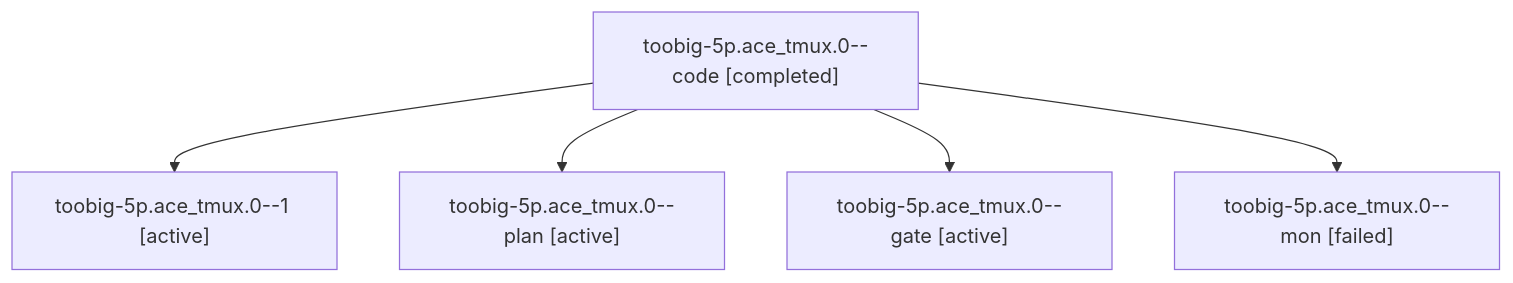
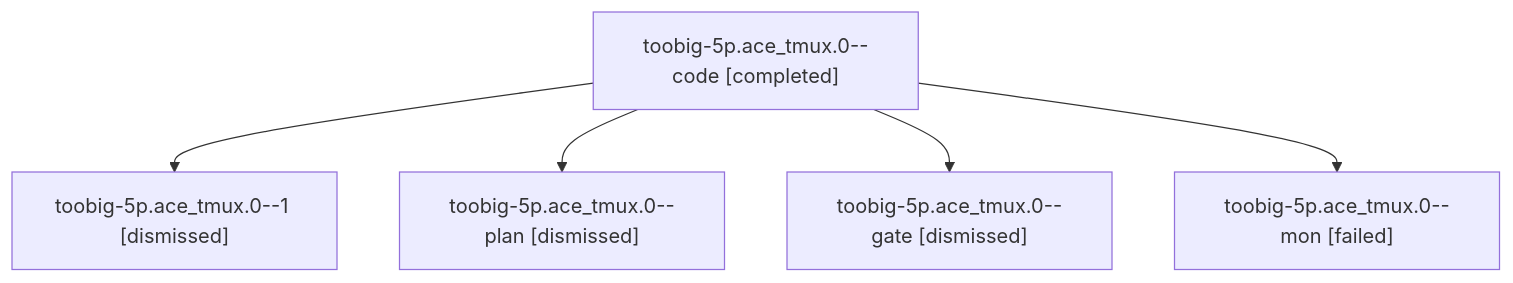
Before and after one commit to sase-org/sase--agents: the diagram in sessions/bbugyi200.athena.toobig-5p.ace_tmux.0.md, drawn with Mermaid. The commit also changed other lines of this file and 225 other files, not shown here.

````diff
--- a/sessions/bbugyi200.athena.toobig-5p.ace_tmux.0.md
+++ b/sessions/bbugyi200.athena.toobig-5p.ace_tmux.0.md
@@ -9,12 +9,12 @@
 ```mermaid
 flowchart TD
   n0["toobig-5p.ace_tmux.0--code [completed]"]
-  n1["toobig-5p.ace_tmux.0--1 [active]"]
+  n1["toobig-5p.ace_tmux.0--1 [dismissed]"]
   n0 --> n1
-  n2["toobig-5p.ace_tmux.0--plan [active]"]
+  n2["toobig-5p.ace_tmux.0--plan [dismissed]"]
   n0 --> n2
-  n3["toobig-5p.ace_tmux.0--gate [active]"]
+  n3["toobig-5p.ace_tmux.0--gate [dismissed]"]
   n0 --> n3
   n4["toobig-5p.ace_tmux.0--mon [failed]"]
   n0 --> n4
 ```
````
